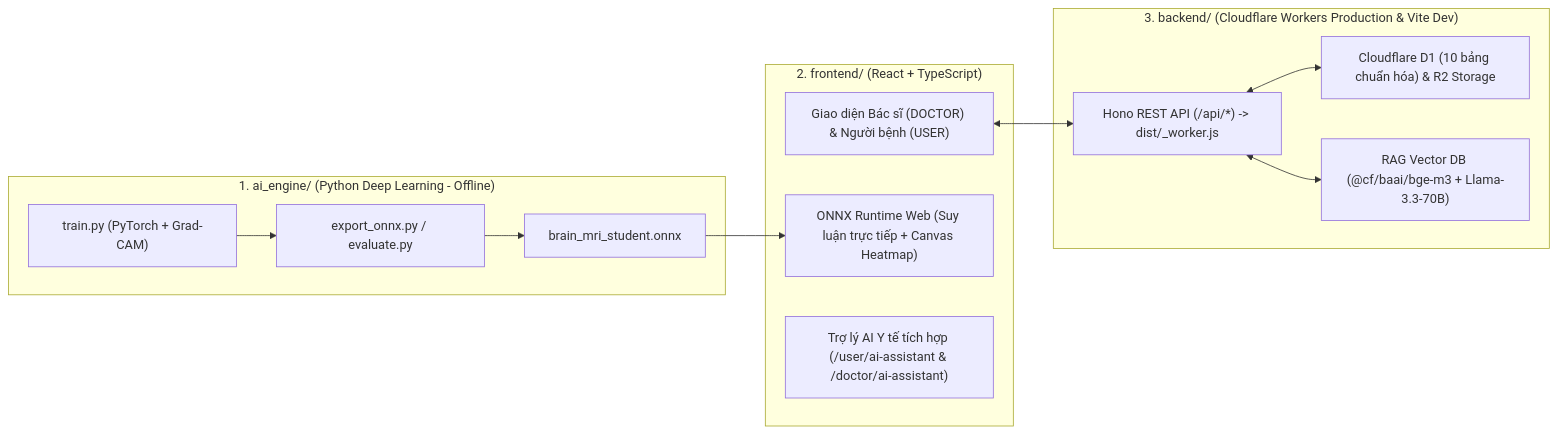
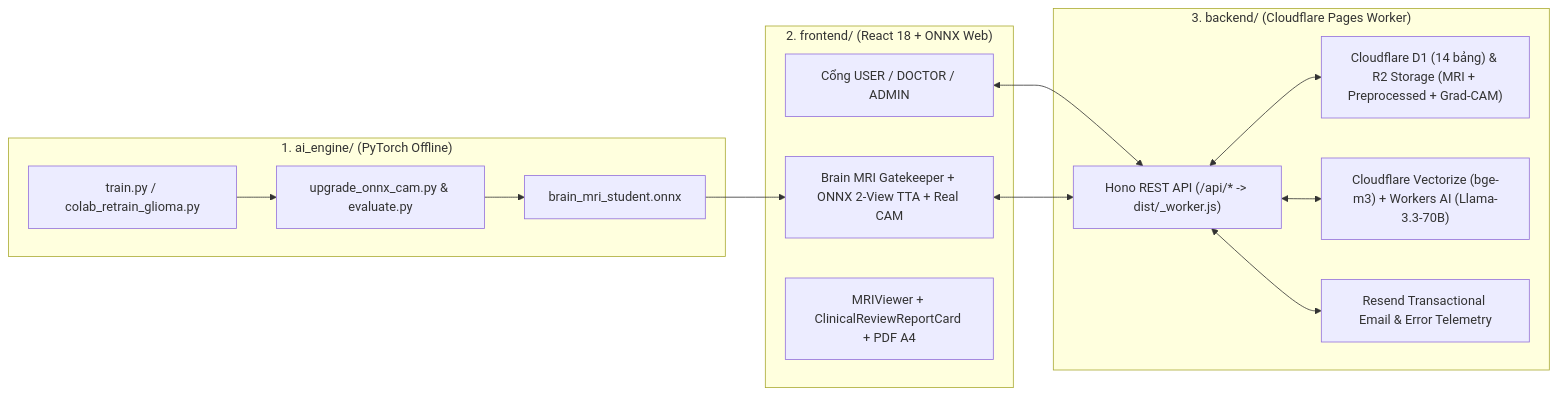
Before and after one commit to phammanh11/NeuroScanAI: the diagram in README.md, drawn with Mermaid. The commit also changed other lines of this file, not shown here.

Commit message:
docs: cập nhật toàn diện README.md theo kiến trúc thực tế (14 bảng D1, AI 95.5%, API, Secrets & deploy Cloudflare)

````diff
--- a/README.md
+++ b/README.md
@@ -17,24 +84,27 @@
 ```mermaid
 flowchart LR
-    subgraph Training["1. ai_engine/ (Python Deep Learning - Offline)"]
-        A1["train.py (PyTorch + Grad-CAM)"] --> A2["export_onnx.py / evaluate.py"]
+    subgraph Training["1. ai_engine/ (PyTorch Offline)"]
+        A1["train.py / colab_retrain_glioma.py"] --> A2["upgrade_onnx_cam.py & evaluate.py"]
         A2 --> A3["brain_mri_student.onnx"]
     end
 
-    subgraph WebClient["2. frontend/ (React + TypeScript)"]
-        B1["Giao diện Bác sĩ (DOCTOR) & Người bệnh (USER)"]
-        B2["ONNX Runtime Web (Suy luận trực tiếp + Canvas Heatmap)"]
-        B3["Trợ lý AI Y tế tích hợp (/user/ai-assistant & /doctor/ai-assistant)"]
+    subgraph WebClient["2. frontend/ (React 18 + ONNX Web)"]
+        B1["Cổng USER / DOCTOR / ADMIN"]
+        B2["Brain MRI Gatekeeper + ONNX 2-View TTA + Real CAM"]
+        B3["MRIViewer + ClinicalReviewReportCard + PDF A4"]
     end
 
-    subgraph EdgeBackend["3. backend/ (Cloudflare Workers Production & Vite Dev)"]
-        C1["Hono REST API (/api/*) -> dist/_worker.js"]
-        C2["Cloudflare D1 (10 bảng chuẩn hóa) & R2 Storage"]
-        C3["RAG Vector DB (@cf/baai/bge-m3 + Llama-3.3-70B)"]
+    subgraph EdgeBackend["3. backend/ (Cloudflare Pages Worker)"]
+        C1["Hono REST API (/api/* -> dist/_worker.js)"]
+        C2["Cloudflare D1 (14 bảng) & R2 Storage (MRI + Preprocessed + Grad-CAM)"]
+        C3["Cloudflare Vectorize (bge-m3) + Workers AI (Llama-3.3-70B)"]
+        C4["Resend Transactional Email & Error Telemetry"]
     end
 
     A3 --> B2
     B1 <--> C1
+    B2 <--> C1
     C1 <--> C2
     C1 <--> C3
+    C1 <--> C4
 ```
````
